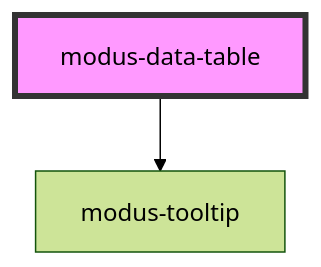
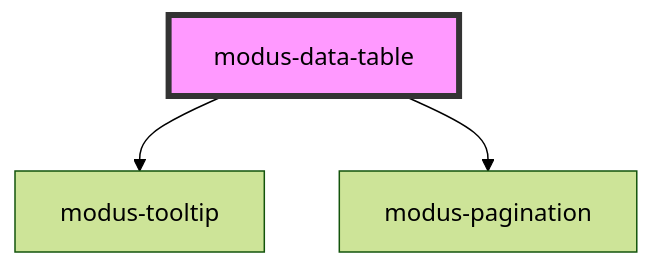
Before and after one commit to trimble-oss/modus-web-components: the diagram in stencil-workspace/src/components/modus-data-table/readme.md, drawn with Mermaid (forest theme). The commit also changed other lines of this file and 16 other files, not shown here.

Commit message:
Added summary row in Data Table

````diff
--- a/stencil-workspace/src/components/modus-data-table/readme.md
+++ b/stencil-workspace/src/components/modus-data-table/readme.md
@@ -35,5 +60,6 @@
 ```mermaid
 graph TD;
   modus-data-table --> modus-tooltip
+  modus-data-table --> modus-pagination
   style modus-data-table fill:#f9f,stroke:#333,stroke-width:4px
 ```
````
